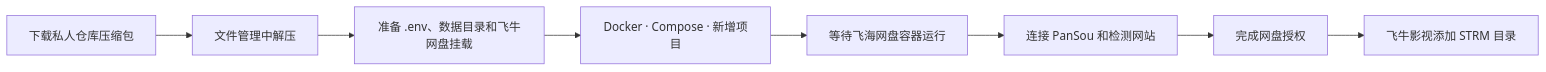
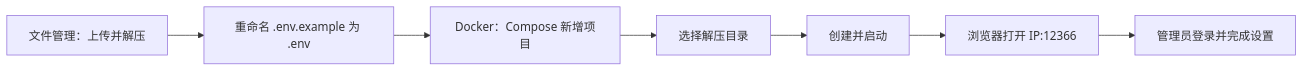
The diagram in docs/FNOS_INSTALL.md (micaibiji/feihai-netdisk), drawn with Mermaid before and after one commit. The commit also changed other lines of this file and 36 other files, not shown here.

````diff
--- a/docs/FNOS_INSTALL.md
+++ b/docs/FNOS_INSTALL.md
@@ -7,10 +19,9 @@
 ```mermaid
 flowchart LR
-    A[下载私人仓库压缩包] --> B[文件管理中解压]
-    B --> C[准备 .env、数据目录和飞牛网盘挂载]
-    C --> D[Docker · Compose · 新增项目]
-    D --> E[等待飞海网盘容器运行]
-    E --> F[连接 PanSou 和检测网站]
-    F --> G[完成网盘授权]
-    G --> H[飞牛影视添加 STRM 目录]
+  A[文件管理：上传并解压] --> B[重命名 .env.example 为 .env]
+  B --> C[Docker：Compose 新增项目]
+  C --> D[选择解压目录]
+  D --> E[创建并启动]
+  E --> F[浏览器打开 IP:12366]
+  F --> G[管理员登录并完成设置]
 ```
````
